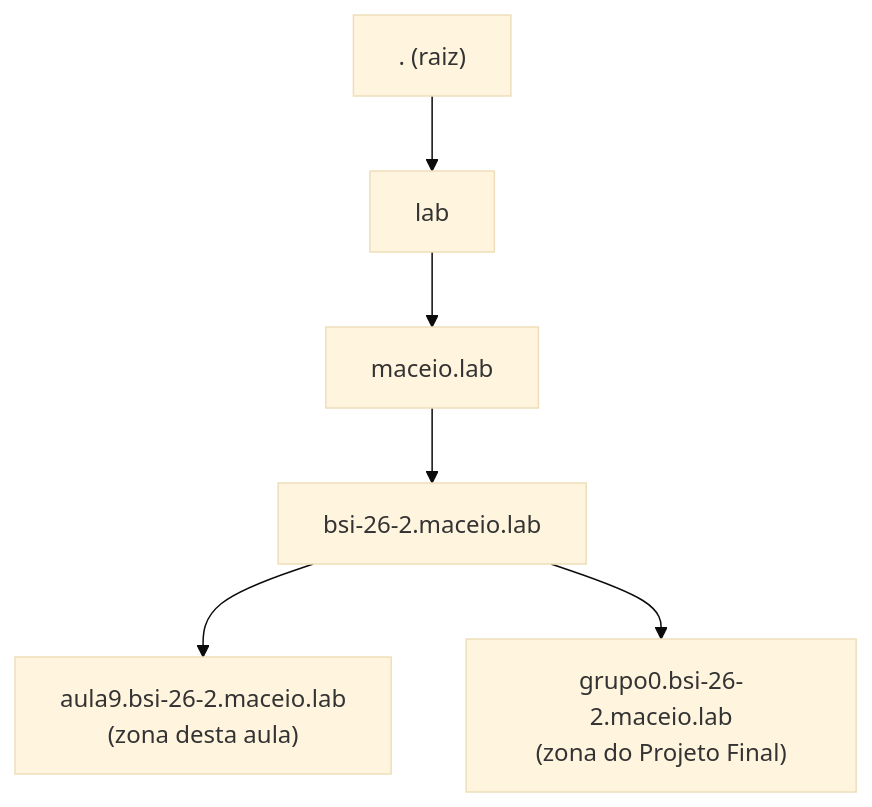
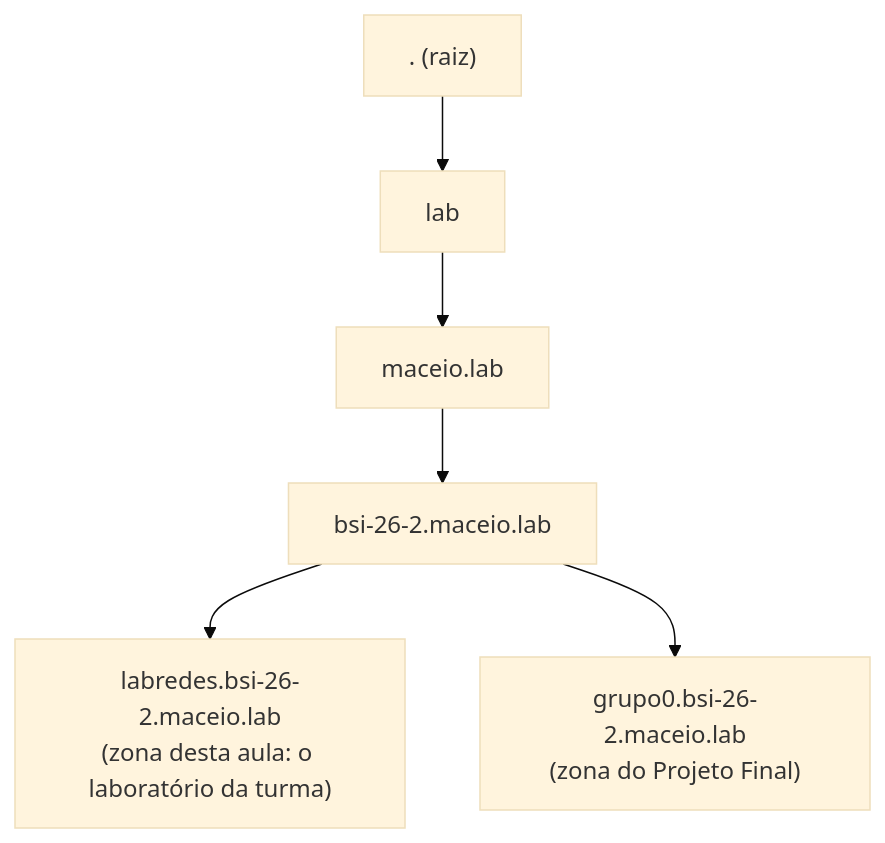
Before and after one commit to alaelson/labredes-2026.2: the first of 4 diagrams in Aula9.md, drawn with Mermaid (base theme). The commit also changed other lines of this file and 1 other file, not shown here.

First line of the commit message:
Aula 09: domínio da prática passa a labredes.bsi-26-2.maceio.lab

````diff
--- a/Aula9.md
+++ b/Aula9.md
@@ -30,8 +30,8 @@
 ```mermaid
 flowchart TD
     R[". (raiz)"] --> LAB["lab"]
     LAB --> MZ["maceio.lab"]
     MZ --> T["bsi-26-2.maceio.lab"]
-    T --> A9["aula9.bsi-26-2.maceio.lab<br/>(zona desta aula)"]
+    T --> A9["labredes.bsi-26-2.maceio.lab<br/>(zona desta aula: o laboratório da turma)"]
     T --> G0["grupo0.bsi-26-2.maceio.lab<br/>(zona do Projeto Final)"]
 ```
````
